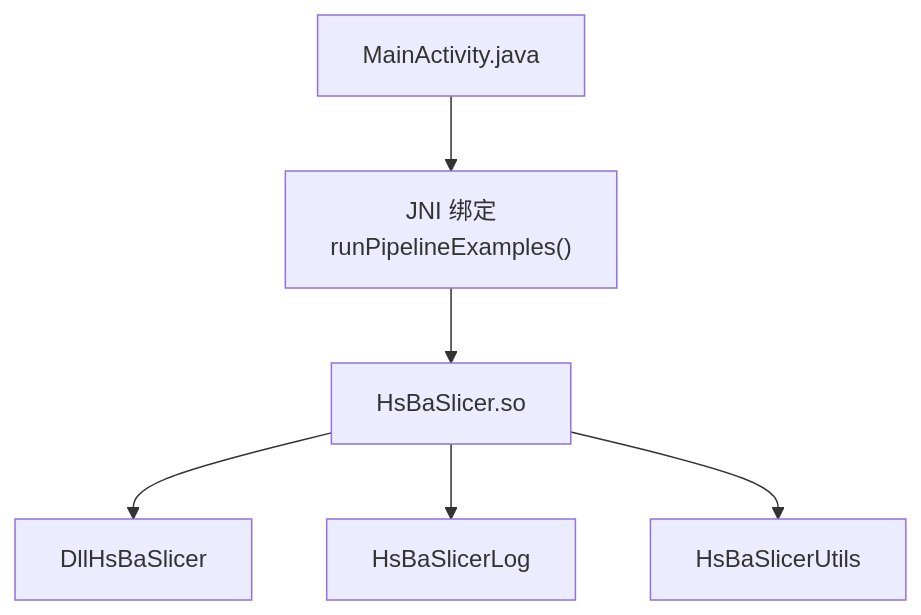
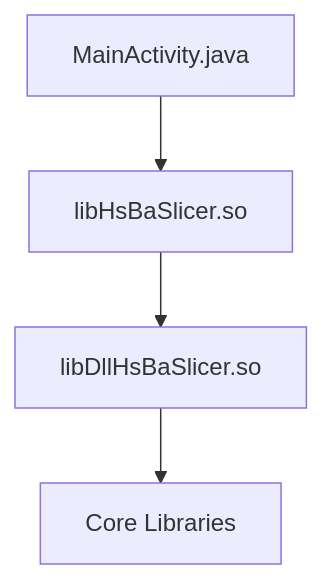
One commit to hsmbanlance/HsBaSlicer changed the fifth of 5 diagrams in .qoder/repowiki/en/content/Integration Guide/Mobile Platform Integration/Android Integration.md. Above: the diagram before and after it, drawn with Mermaid. The commit also changed other lines of this file and 1095 other files, not shown here.

````diff
--- a/.qoder/repowiki/en/content/Integration Guide/Mobile Platform Integration/Android Integration.md
+++ b/.qoder/repowiki/en/content/Integration Guide/Mobile Platform Integration/Android Integration.md
@@ -235,8 +291,6 @@
 ```mermaid
 graph TB
-Java["MainActivity.java"] --> JNI["JNI 绑定<br/>runPipelineExamples()"]
-JNI --> Lib["HsBaSlicer.so"]
-Lib --> Dep1["DllHsBaSlicer"]
-Lib --> Dep2["HsBaSlicerLog"]
-Lib --> Dep3["HsBaSlicerUtils"]
+MA["MainActivity.java"] --> LHS["libHsBaSlicer.so"]
+LHS --> LDLL["libDllHsBaSlicer.so"]
+LDLL --> CORE["Core Libraries"]
 ```
````
